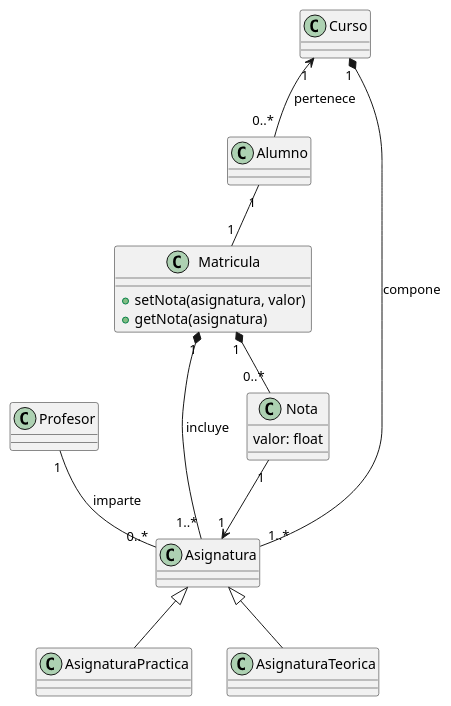
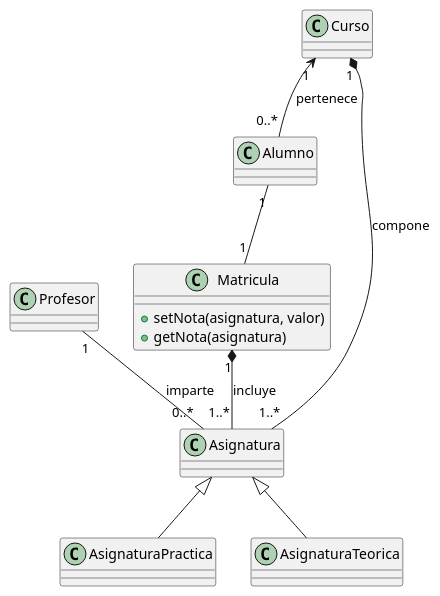
Before and after one commit to alvarogonzalezsotillo/apuntes-clase: the second of 3 diagrams in entornos-de-desarrollo/apuntes/6/ED-06-uml.org, drawn with PlantUML. The commit also changed 7 other files, not shown here.

```diff
--- a/entornos-de-desarrollo/apuntes/6/ED-06-uml.org
+++ b/entornos-de-desarrollo/apuntes/6/ED-06-uml.org
@@ -111,53 +111,46 @@
 #+begin_src plantuml :file media/profesores-y-asignaturas.svg
-@startuml
+  @startuml
 
-class Profesor {
-}
+  class Profesor {
+  }
 
-class Alumno {
-}
+  class Alumno {
+  }
 
-class Curso {
-}
+  class Curso {
+  }
 
-class Asignatura {
-}
+  class Asignatura {
+  }
 
-class AsignaturaPractica {
-}
+  class AsignaturaPractica {
+  }
 
-class AsignaturaTeorica {
-}
+  class AsignaturaTeorica {
+  }
 
-class Matricula {
-    +setNota(asignatura, valor)
-    +getNota(asignatura)
-}
+  class Matricula {
+      +setNota(asignatura, valor)
+      +getNota(asignatura)
+  }
 
-class Nota {
-    valor: float
-}
+  ' Herencia
+  Asignatura <|-- AsignaturaPractica
+  Asignatura <|-- AsignaturaTeorica
 
-' Herencia
-Asignatura <|-- AsignaturaPractica
-Asignatura <|-- AsignaturaTeorica
+  ' Relaciones curso-asignaturas
+  Curso "1" *-- "1..*" Asignatura : compone
 
-' Relaciones curso-asignaturas
-Curso "1" *-- "1..*" Asignatura : compone
+  ' Alumno pertenece a un curso
+  Curso "1" <-- "0..*" Alumno : pertenece
 
-' Alumno pertenece a un curso
-Curso "1" <-- "0..*" Alumno : pertenece
+  ' Profesor imparte asignaturas
+  Profesor "1" -- "0..*" Asignatura : imparte
 
-' Profesor imparte asignaturas
-Profesor "1" -- "0..*" Asignatura : imparte
+  ' Matricula
+  Alumno "1" -- "1" Matricula
+  Matricula "1" *-- "1..*" Asignatura : incluye
 
-' Matricula
-Alumno "1" -- "1" Matricula
-Matricula "1" *-- "1..*" Asignatura : incluye
 
-' Notas
-Matricula "1" *-- "0..*" Nota
-Nota "1" --> "1" Asignatura
-
-@enduml
+  @enduml
 #+end_src
```
